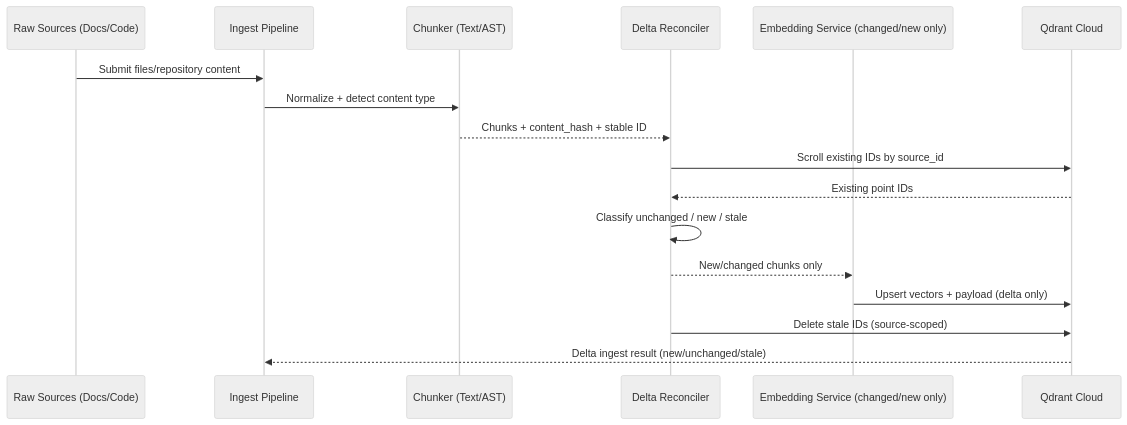
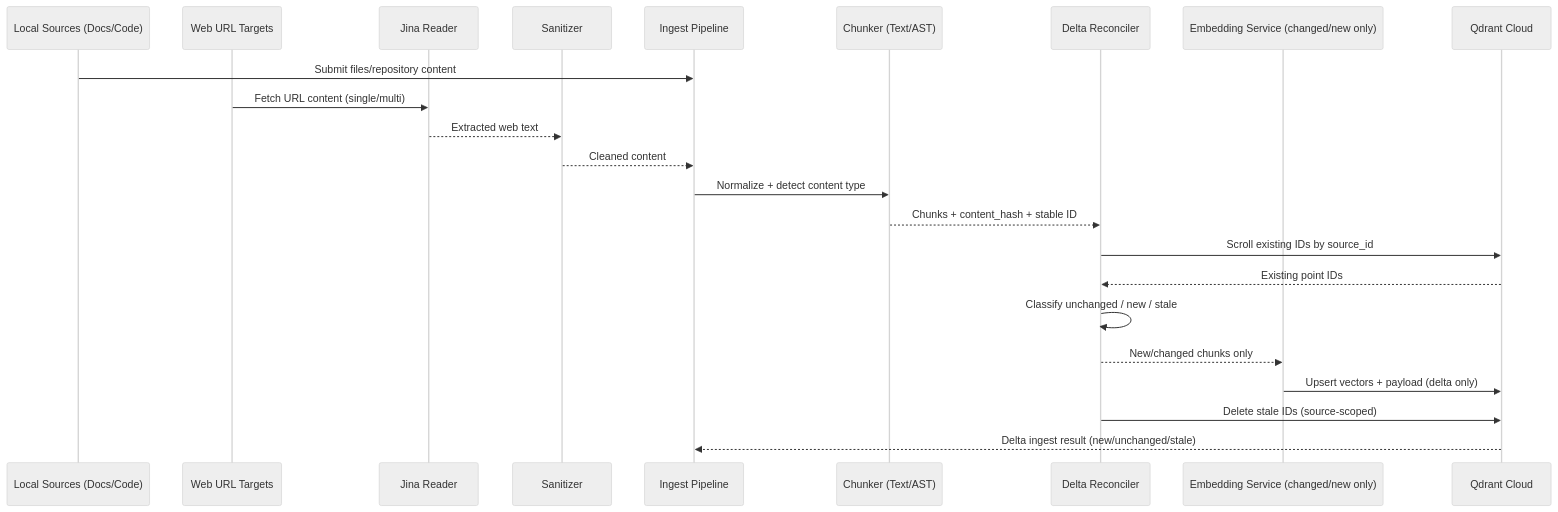
The second of 3 diagrams in PRD.md (kelasdev/agentRAG), drawn with Mermaid (neutral theme) before and after one commit. The commit also changed other lines of this file and 17 other files, not shown here.

First line of the commit message:
feat: Enhance ingest functionality to support URL ingestion and improve text chunking

````diff
--- a/PRD.md
+++ b/PRD.md
@@ -1049,20 +1072,26 @@
 ```mermaid
 sequenceDiagram
-    participant SRC as Raw Sources (Docs/Code)
+    participant SRC as Local Sources (Docs/Code)
+    participant URL as Web URL Targets
+    participant JR as Jina Reader
+    participant SAN as Sanitizer
     participant ING as Ingest Pipeline
     participant CH as Chunker (Text/AST)
     participant DG as Delta Reconciler
     participant EMB as Embedding Service (changed/new only)
     participant QD as Qdrant Cloud
 
     SRC->>ING: Submit files/repository content
+    URL->>JR: Fetch URL content (single/multi)
+    JR-->>SAN: Extracted web text
+    SAN-->>ING: Cleaned content
     ING->>CH: Normalize + detect content type
     CH-->>DG: Chunks + content_hash + stable ID
     DG->>QD: Scroll existing IDs by source_id
     QD-->>DG: Existing point IDs
     DG->>DG: Classify unchanged / new / stale
     DG-->>EMB: New/changed chunks only
     EMB->>QD: Upsert vectors + payload (delta only)
     DG->>QD: Delete stale IDs (source-scoped)
     QD-->>ING: Delta ingest result (new/unchanged/stale)
 ```
````
